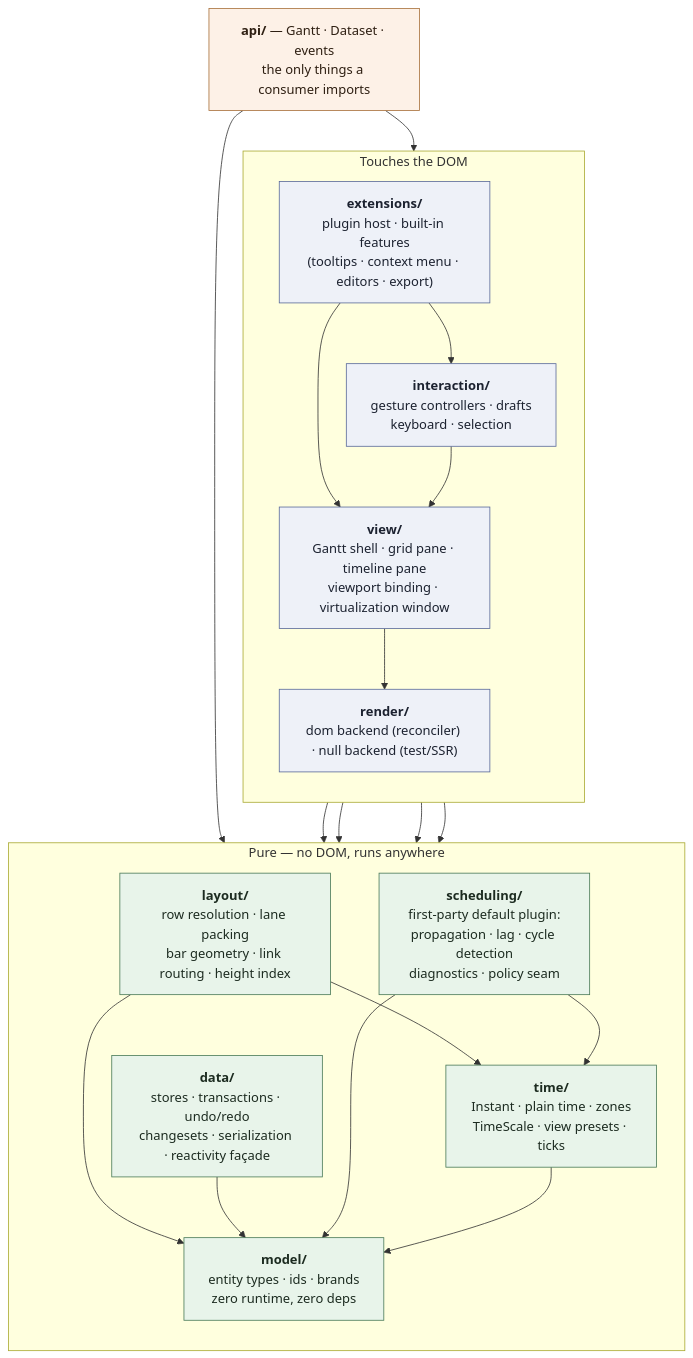
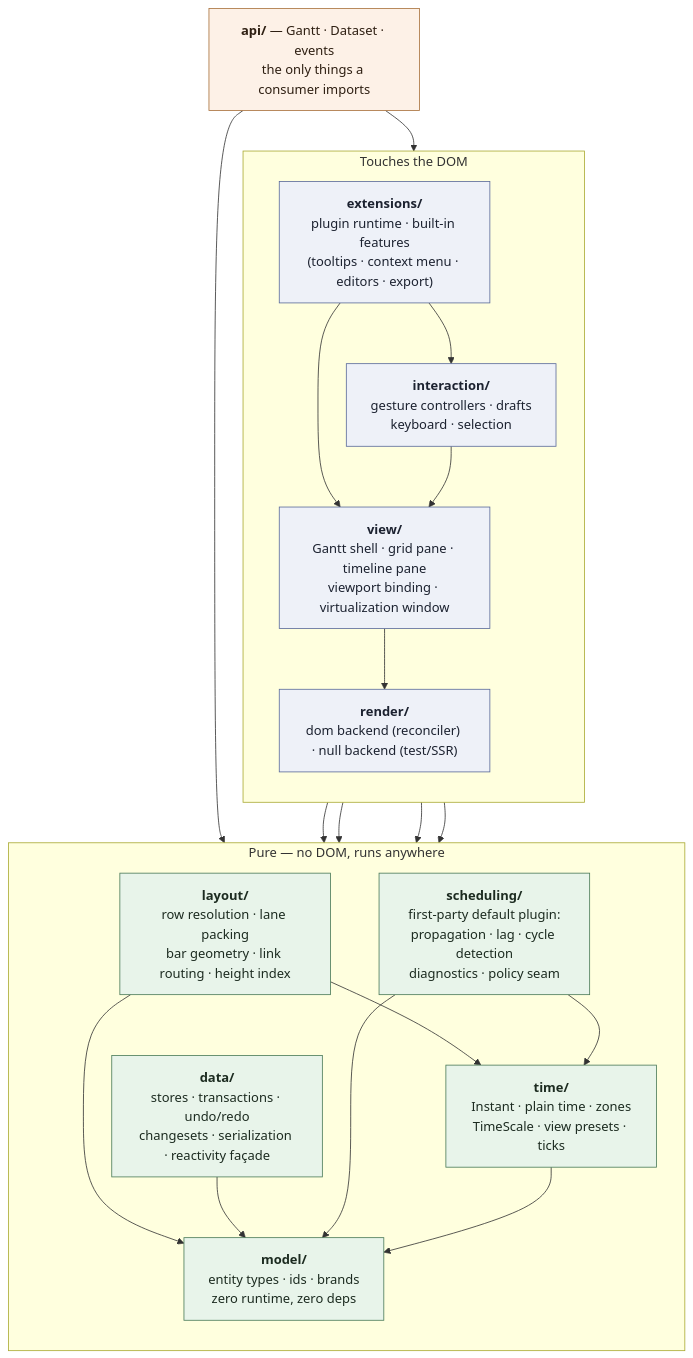
One commit to freegantt/freegantt changed the first of 6 diagrams in plans/01-domain-architecture.md. Above: the diagram before and after it, drawn with Mermaid. The commit also changed other lines of this file and 53 other files, not shown here.

````diff
--- a/plans/01-domain-architecture.md
+++ b/plans/01-domain-architecture.md
@@ -11,45 +11,45 @@
 ```mermaid
 flowchart TB
   subgraph domside["Touches the DOM"]
     direction TB
-    EXT["<b>extensions/</b><br/>plugin host · built-in features<br/>(tooltips · context menu · editors · export)"]
+    EXT["<b>extensions/</b><br/>plugin runtime · built-in features<br/>(tooltips · context menu · editors · export)"]
     INT["<b>interaction/</b><br/>gesture controllers · drafts<br/>keyboard · selection"]
     VIEW["<b>view/</b><br/>Gantt shell · grid pane · timeline pane<br/>viewport binding · virtualization window"]
     REN["<b>render/</b><br/>dom backend (reconciler) · null backend (test/SSR)"]
   end
 
   subgraph pureside["Pure — no DOM, runs anywhere"]
     direction TB
     LAY["<b>layout/</b><br/>row resolution · lane packing<br/>bar geometry · link routing · height index"]
     SCH["<b>scheduling/</b><br/>first-party default plugin:<br/>propagation · lag · cycle detection<br/>diagnostics · policy seam"]
     DATA["<b>data/</b><br/>stores · transactions · undo/redo<br/>changesets · serialization · reactivity façade"]
     TIME["<b>time/</b><br/>Instant · plain time · zones<br/>TimeScale · view presets · ticks"]
     MODEL["<b>model/</b><br/>entity types · ids · brands<br/>zero runtime, zero deps"]
   end
 
   API["<b>api/</b> — Gantt · Dataset · events<br/>the only things a consumer imports"]
 
   API --> VIEW
   API --> DATA
   EXT --> VIEW
   EXT --> INT
   INT --> VIEW
   INT --> DATA
   VIEW --> REN
   VIEW --> LAY
   VIEW --> DATA
   REN --> LAY
   LAY --> TIME
   LAY --> MODEL
   DATA --> MODEL
   SCH --> TIME
   SCH --> MODEL
   TIME --> MODEL
 
   classDef pure fill:#e8f4ea,stroke:#4a7a58,color:#1c2b20
   classDef dom fill:#eef1f8,stroke:#5a6a9a,color:#1c2230
   classDef apic fill:#fdf1e7,stroke:#a8703c,color:#2e1f12
   class MODEL,TIME,DATA,SCH,LAY pure
   class EXT,INT,VIEW,REN dom
   class API apic
 ```
````
